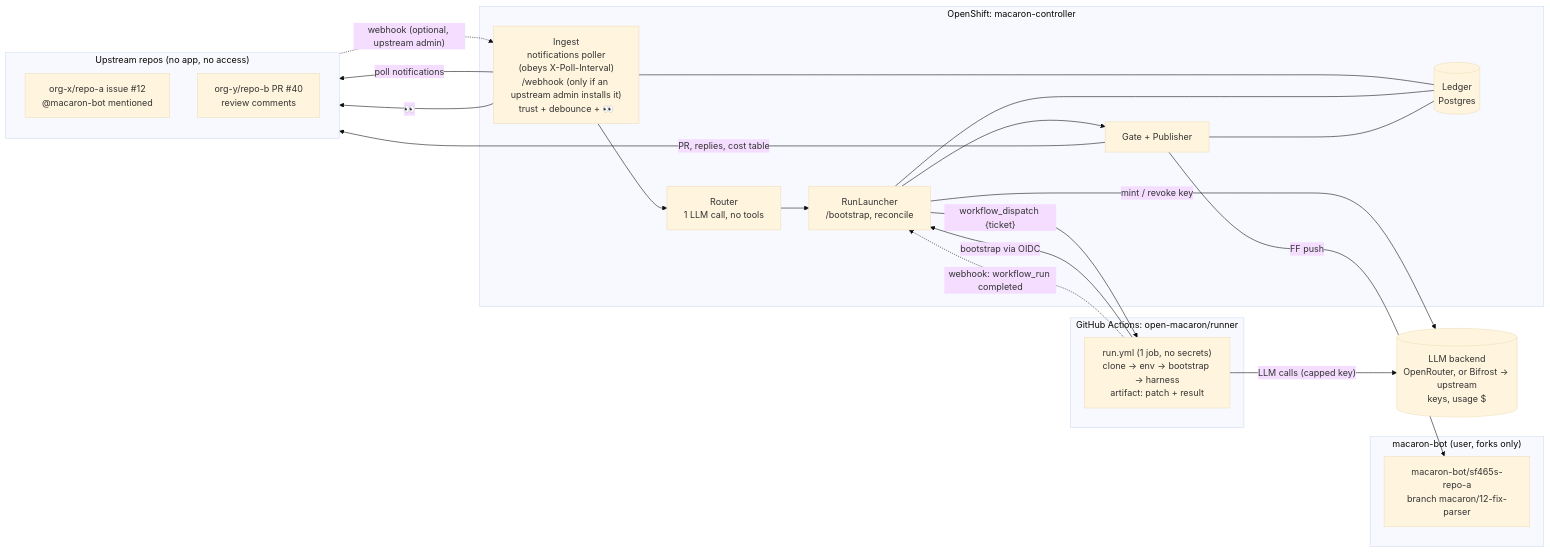
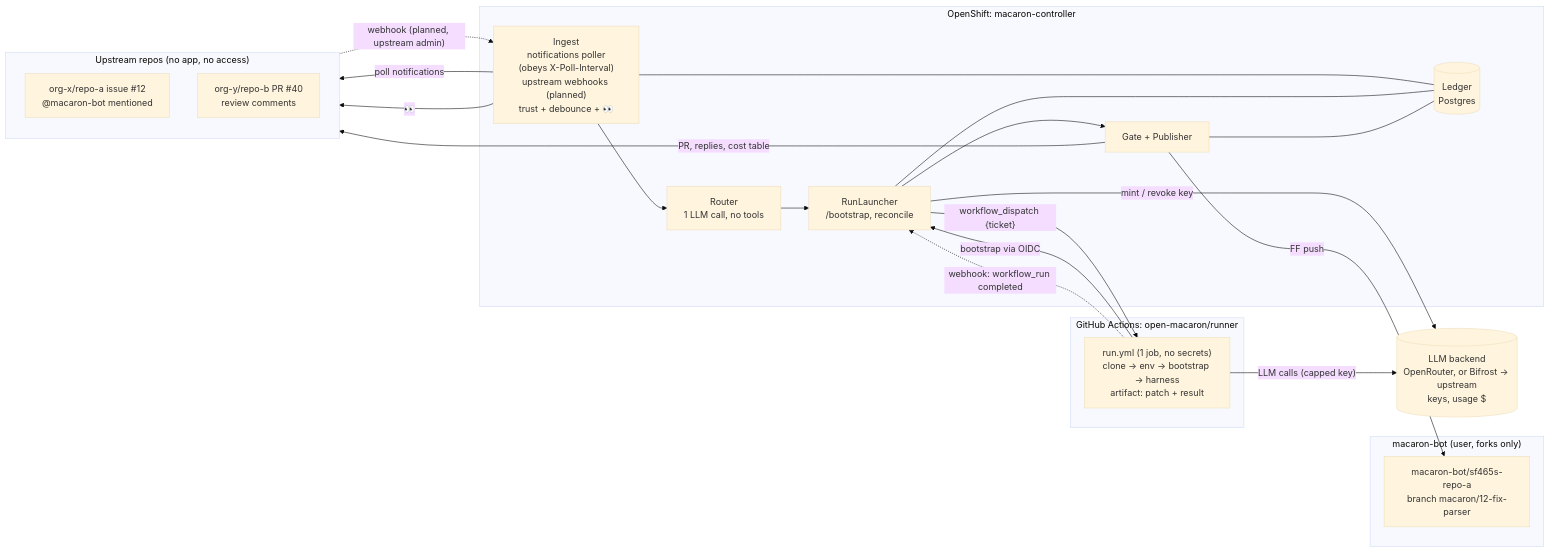
Before and after one commit to open-macaron/macaron: the first of 5 diagrams in docs/DESIGN.md, drawn with Mermaid (base theme). The commit also changed other lines of this file and 10 other files, not shown here.

````diff
--- a/docs/DESIGN.md
+++ b/docs/DESIGN.md
@@ -20,35 +20,35 @@
 ```mermaid
 flowchart LR
   subgraph UP["Upstream repos (no app, no access)"]
     ISSUE["org-x/repo-a issue #12<br/>@macaron-bot mentioned"]
     PR["org-y/repo-b PR #40<br/>review comments"]
   end
   subgraph FORK["macaron-bot (user, forks only)"]
     BR["macaron-bot/sf465s-repo-a<br/>branch macaron/12-fix-parser"]
   end
   subgraph CTL["OpenShift: macaron-controller"]
-    ING["Ingest<br/>notifications poller<br/>(obeys X-Poll-Interval)<br/>/webhook (only if an upstream admin installs it)<br/>trust + debounce + 👀"]
+    ING["Ingest<br/>notifications poller<br/>(obeys X-Poll-Interval)<br/>upstream webhooks (planned)<br/>trust + debounce + 👀"]
     ROU["Router<br/>1 LLM call, no tools"]
     RL["RunLauncher<br/>/bootstrap, reconcile"]
     PUB["Gate + Publisher"]
     DB[("Ledger<br/>Postgres")]
   end
   subgraph GHA["GitHub Actions: open-macaron/runner"]
     RUN["run.yml (1 job, no secrets)<br/>clone → env → bootstrap → harness<br/>artifact: patch + result"]
   end
   OR[("LLM backend<br/>OpenRouter, or Bifrost → upstream<br/>keys, usage $")]
 
   ING -- "poll notifications" --> UP
-  UP -. "webhook (optional, upstream admin)" .-> ING
+  UP -. "webhook (planned, upstream admin)" .-> ING
   ING -- "👀" --> UP
   ING --> ROU --> RL
   RL -- "mint / revoke key" --> OR
   RL -- "workflow_dispatch {ticket}" --> RUN
   RUN -- "bootstrap via OIDC" --> RL
   RUN -- "LLM calls (capped key)" --> OR
   RUN -. "webhook: workflow_run completed" .-> RL
   RL --> PUB
   PUB -- "FF push" --> BR
   PUB -- "PR, replies, cost table" --> UP
   ING & RL & PUB --- DB
 ```
````
